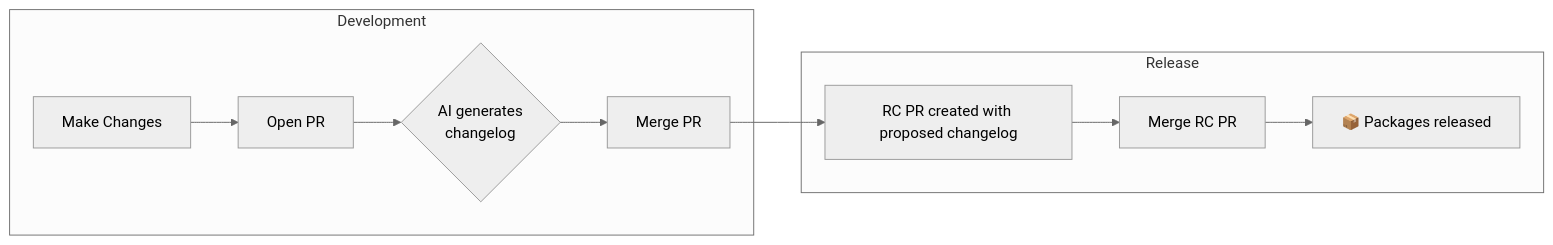
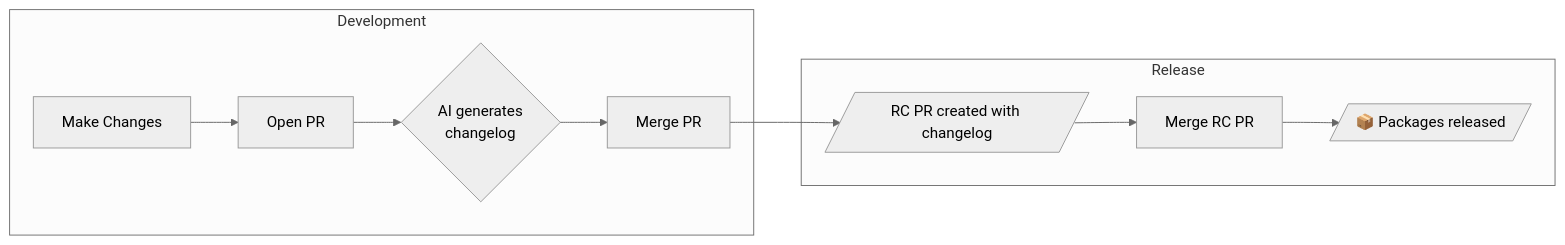
One commit to wevm/changelogs-rs changed the diagram in README.md. Above: the diagram before and after it, drawn with Mermaid (neutral theme).

Commit message:
update mermaid diagram shapes
Amp-Thread-ID: https://ampcode.com/threads/T-019c00c3-e3b6-779e-931d-8f105f496da5

````diff
--- a/README.md
+++ b/README.md
@@ -29,13 +29,13 @@
 ```mermaid
 flowchart LR
     subgraph Development
         A[Make Changes] --> B[Open PR]
         B --> C{AI generates<br/>changelog}
         C --> D[Merge PR]
     end
     subgraph Release
-        D --> E[RC PR created with proposed changelog]
+        D --> E[/RC PR created with changelog/]
         E --> F[Merge RC PR]
-        F --> G[📦 Packages released]
+        F --> G[/📦 Packages released/]
     end
 ```
````
